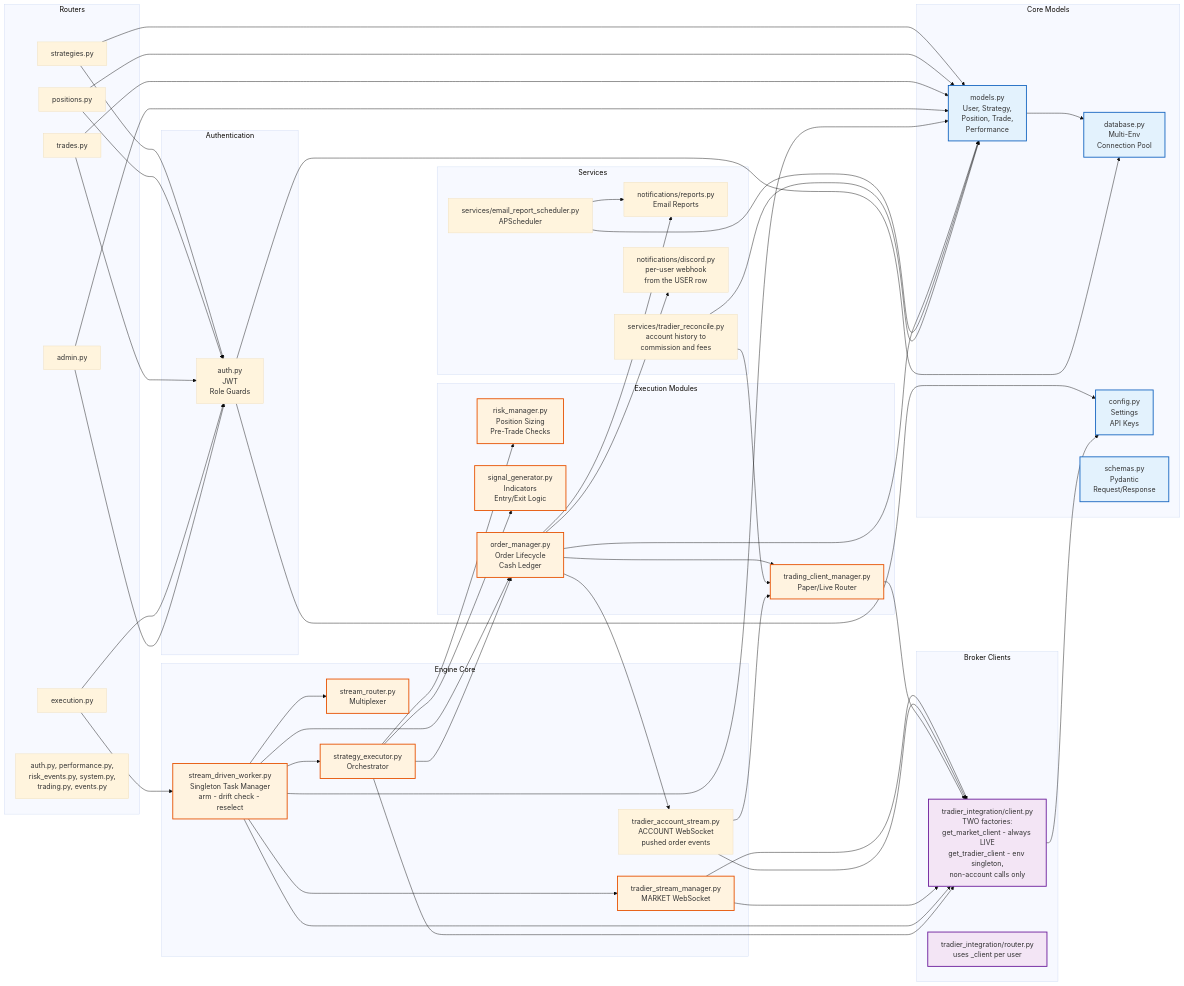
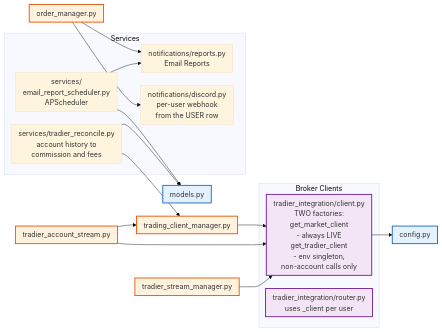
One commit to PirateKingSteve-0/VegaPunkR changed diagram 12 of 22 in docs/architecture-diagram.md. Above: the diagram before and after it, drawn with Mermaid (base theme). The commit also changed other lines of this file and 14 other files, not shown here.

````diff
--- a/docs/architecture-diagram.md
+++ b/docs/architecture-diagram.md
@@ -480,107 +604,44 @@
 ```mermaid
+%%{init: {'flowchart': {'rankSpacing': 30, 'nodeSpacing': 30, 'padding': 8}}}%%
 graph LR
-    subgraph "Core Models"
-        M[models.py<br/>User, Strategy,<br/>Position, Trade,<br/>Performance]
-        DB[database.py<br/>Multi-Env<br/>Connection Pool]
-        CFG[config.py<br/>Settings<br/>API Keys]
-        SCH[schemas.py<br/>Pydantic<br/>Request/Response]
-    end
+    OM[order_manager.py]
+    TCM[trading_client_manager.py]
+    TAS[tradier_account_stream.py]
+    TSM[tradier_stream_manager.py]
 
-    subgraph "Authentication"
-        AUTH[auth.py<br/>JWT<br/>Role Guards]
-    end
-
-    subgraph "Routers"
-        R1[strategies.py]
-        R2[positions.py]
-        R3[trades.py]
-        R4[execution.py]
-        R5[admin.py]
-        R6[auth.py, performance.py,<br/>risk_events.py, system.py,<br/>trading.py, events.py]
-    end
-
-    subgraph "Engine Core"
-        SDW[stream_driven_worker.py<br/>Singleton Task Manager<br/>arm - drift check - reselect]
-        TSM[tradier_stream_manager.py<br/>MARKET WebSocket]
-        TAS[tradier_account_stream.py<br/>ACCOUNT WebSocket<br/>pushed order events]
-        SR[stream_router.py<br/>Multiplexer]
-        SE[strategy_executor.py<br/>Orchestrator]
-    end
-
-    subgraph "Execution Modules"
-        RM[risk_manager.py<br/>Position Sizing<br/>Pre-Trade Checks]
-        SG[signal_generator.py<br/>Indicators<br/>Entry/Exit Logic]
-        OM[order_manager.py<br/>Order Lifecycle<br/>Cash Ledger]
-        TCM[trading_client_manager.py<br/>Paper/Live Router]
-    end
-
-    subgraph "Broker Clients"
-        TC[tradier_integration/client.py<br/>TWO factories:<br/>get_market_client - always LIVE<br/>get_tradier_client - env singleton,<br/>non-account calls only]
+    subgraph BROKERC["Broker Clients"]
+        TC[tradier_integration/client.py<br/>TWO factories:<br/>get_market_client<br/>- always LIVE<br/>get_tradier_client<br/>- env singleton,<br/>non-account calls only]
         TR[tradier_integration/router.py<br/>uses _client per user]
     end
 
-    subgraph "Services"
+    subgraph SVCS["Services"]
         RPT[notifications/reports.py<br/>Email Reports]
-        SCHED[services/email_report_scheduler.py<br/>APScheduler]
+        SCHED[services/<br/>email_report_scheduler.py<br/>APScheduler]
         RECON[services/tradier_reconcile.py<br/>account history to<br/>commission and fees]
         DISC[notifications/discord.py<br/>per-user webhook<br/>from the USER row]
     end
 
-    %% Dependencies
-    R1 --> AUTH
-    R2 --> AUTH
-    R3 --> AUTH
-    R4 --> AUTH
-    R5 --> AUTH
-
-    R1 --> M
-    R2 --> M
-    R3 --> M
-    R4 --> SDW
-    R5 --> M
-
-    M --> DB
-    AUTH --> DB
-    AUTH --> CFG
-
-    SDW --> TSM
-    SDW --> SR
-    SDW --> SE
-    SDW --> M
-    SDW --> OM
-
-    TSM --> TC
-    TAS --> TC
-
-    SE --> RM
-    SE --> SG
-    SE --> OM
-
-    OM --> TCM
-    OM --> M
-    OM --> RPT
-    OM --> TAS
+    M[models.py]
+    CFG[config.py]
 
     TCM --> TC
-
+    TAS --> TC
+    TSM --> TC
+    TAS --> TCM
     TC --> CFG
 
+    OM --> RPT
+    OM --> DISC
     SCHED --> RPT
     SCHED --> M
-
     RECON --> TCM
     RECON --> M
-    OM --> DISC
-    TAS --> TCM
-    TSM --> TC
-    SDW --> TC
-    SE --> TC
 
     classDef core fill:#e3f2fd,stroke:#1565c0,stroke-width:2px
     classDef engine fill:#fff3e0,stroke:#e65100,stroke-width:2px
     classDef broker fill:#f3e5f5,stroke:#6a1b9a,stroke-width:2px
 
-    class M,DB,CFG,SCH core
-    class SDW,TSM,SR,SE,RM,SG,OM,TCM engine
+    class M,CFG core
+    class OM,TCM,TAS,TSM engine
     class TC,TR broker
 ```
````
